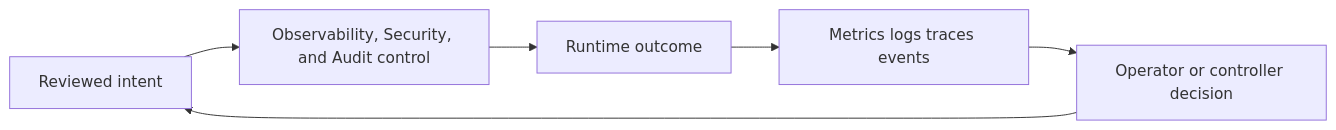
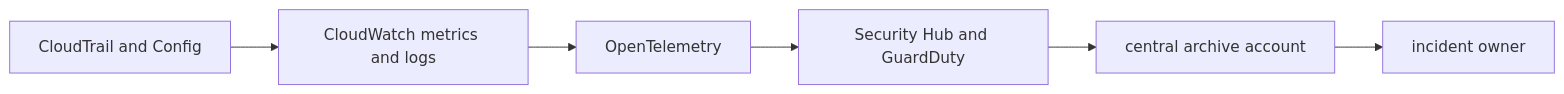
One commit to m1mohamad/devops-sre-prep changed the diagram in docs/study/aws/06-observability-security-and-audit.md. Above: the diagram before and after it, drawn with Mermaid. The commit also changed other lines of this file and 61 other files, not shown here.

Commit message:
Replace generic architecture and study templates

````diff
--- a/docs/study/aws/06-observability-security-and-audit.md
+++ b/docs/study/aws/06-observability-security-and-audit.md
@@ -20,8 +15,4 @@
 ```mermaid
 flowchart LR
-  Intent[Reviewed intent] --> Control[Observability, Security, and Audit control]
-  Control --> Runtime[Runtime outcome]
-  Runtime --> Signals[Metrics logs traces events]
-  Signals --> Decision[Operator or controller decision]
-  Decision --> Intent
+  N0[CloudTrail and Config] --> N1[CloudWatch metrics and logs] --> N2[OpenTelemetry] --> N3[Security Hub and GuardDuty] --> N4[central archive account] --> N5[incident owner]
 ```
````
